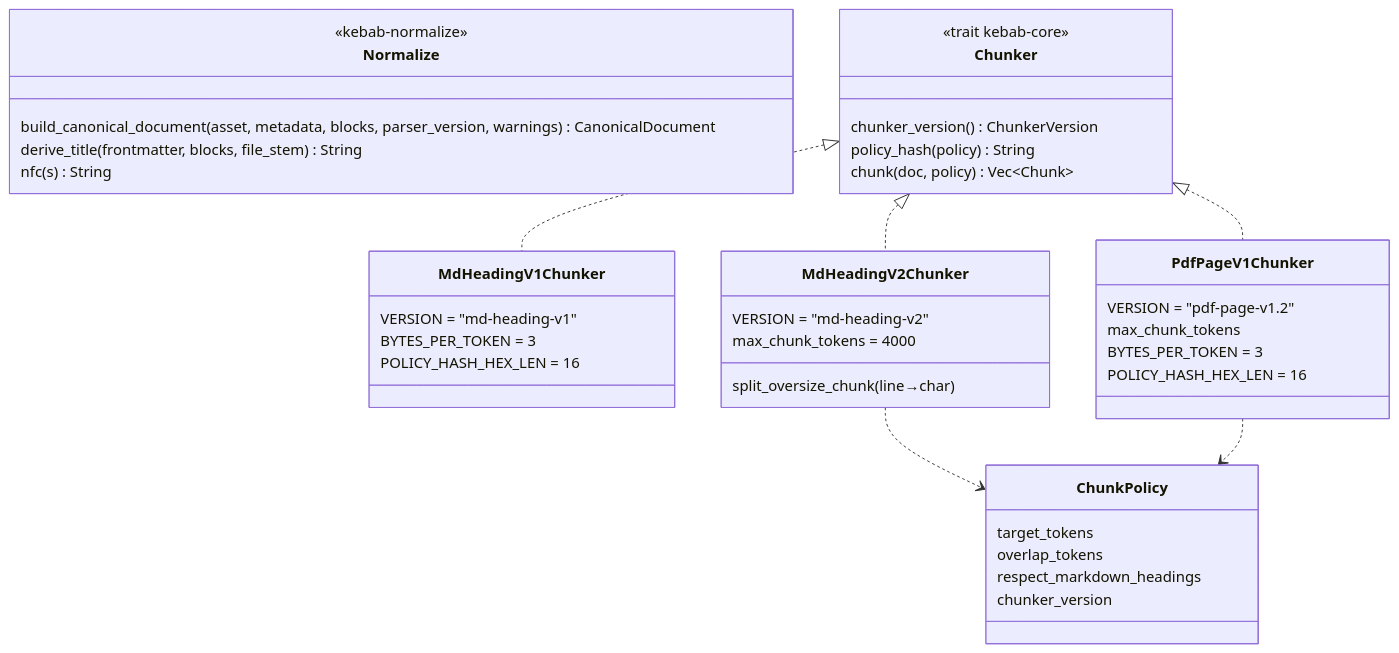
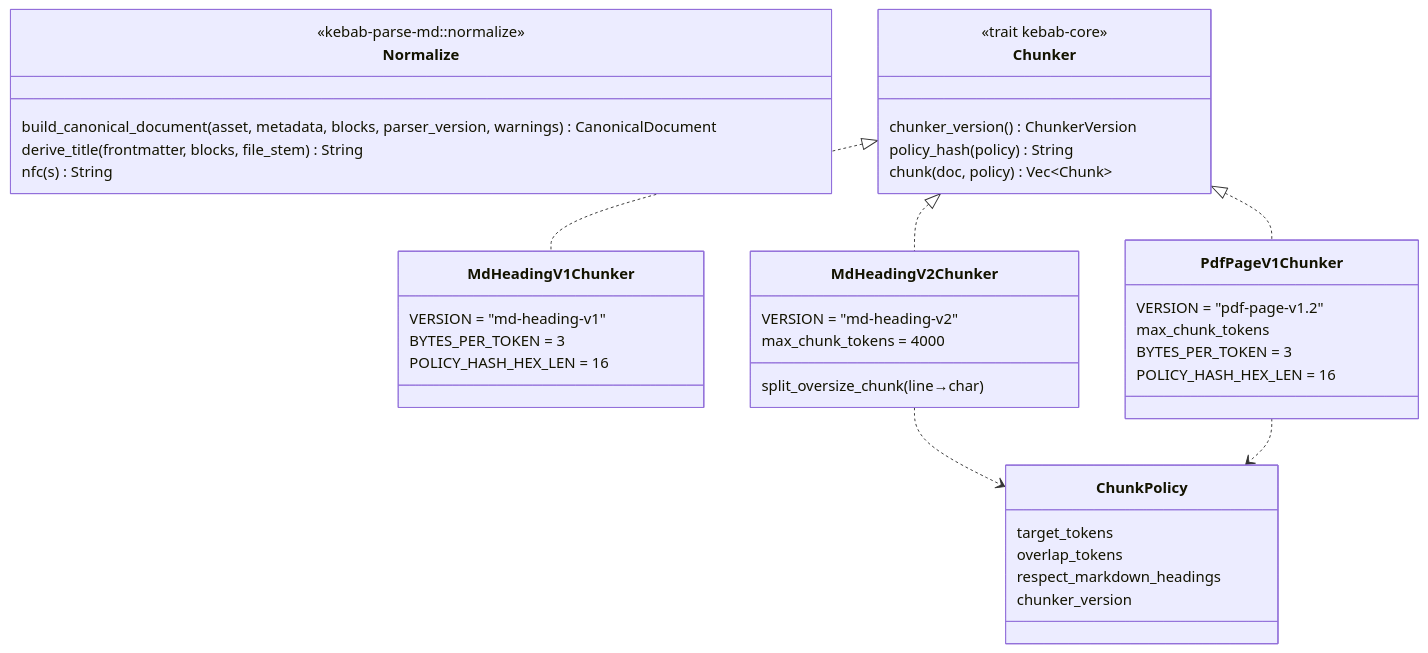
One commit to altair823/kebab changed the first of 2 diagrams in docs/components/normalize-chunk/README.md. Above: the diagram before and after it, drawn with Mermaid. The commit also changed other lines of this file and 12 other files, not shown here.

````diff
--- a/docs/components/normalize-chunk/README.md
+++ b/docs/components/normalize-chunk/README.md
@@ -14,42 +14,42 @@
 ```mermaid
 classDiagram
     class Normalize {
-        <<kebab-normalize>>
+        <<kebab-parse-md::normalize>>
         build_canonical_document(asset, metadata, blocks, parser_version, warnings) CanonicalDocument
         derive_title(frontmatter, blocks, file_stem) String
         nfc(s) String
     }
     class Chunker {
         <<trait kebab-core>>
         chunker_version() ChunkerVersion
         policy_hash(policy) String
         chunk(doc, policy) Vec~Chunk~
     }
     class MdHeadingV1Chunker {
         VERSION = "md-heading-v1"
         BYTES_PER_TOKEN = 3
         POLICY_HASH_HEX_LEN = 16
     }
     class MdHeadingV2Chunker {
         VERSION = "md-heading-v2"
         max_chunk_tokens = 4000
         split_oversize_chunk(line→char)
     }
     class PdfPageV1Chunker {
         VERSION = "pdf-page-v1.2"
         max_chunk_tokens
         BYTES_PER_TOKEN = 3
         POLICY_HASH_HEX_LEN = 16
     }
     class ChunkPolicy {
         target_tokens
         overlap_tokens
         respect_markdown_headings
         chunker_version
     }
     Chunker <|.. MdHeadingV1Chunker
     Chunker <|.. MdHeadingV2Chunker
     Chunker <|.. PdfPageV1Chunker
     MdHeadingV2Chunker ..> ChunkPolicy
     PdfPageV1Chunker ..> ChunkPolicy
 ```
````
